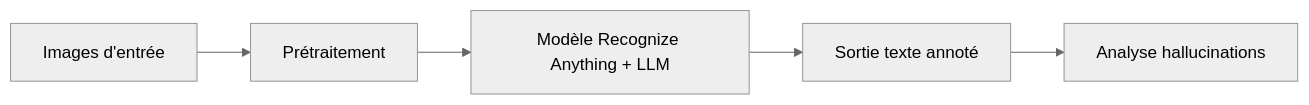
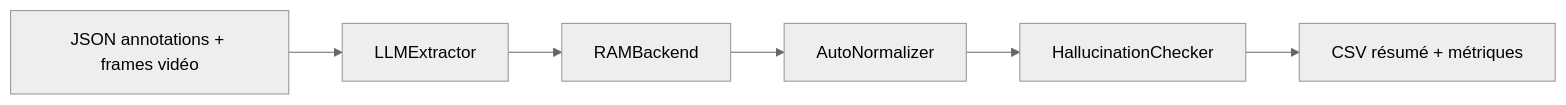
Before and after one commit to soley000/omr-portfolio: the first of 2 diagrams in Vision_LLM/README.md, drawn with Mermaid (neutral theme). The commit also changed other lines of this file, not shown here.

`````diff
--- a/Vision_LLM/README.md
+++ b/Vision_LLM/README.md
@@ -12,7 +19,8 @@
 ```mermaid
 graph LR
-A[Images d'entrée] --> B[Prétraitement]
-B --> C[Modèle Recognize Anything + LLM]
-C --> D[Sortie texte annoté]
-D --> E[Analyse hallucinations]
+A[JSON annotations + frames vidéo] --> B[LLMExtractor]
+B --> C[RAMBackend]
+C --> D[AutoNormalizer]
+D --> E[HallucinationChecker]
+E --> F[CSV résumé + métriques]
 ````
`````
